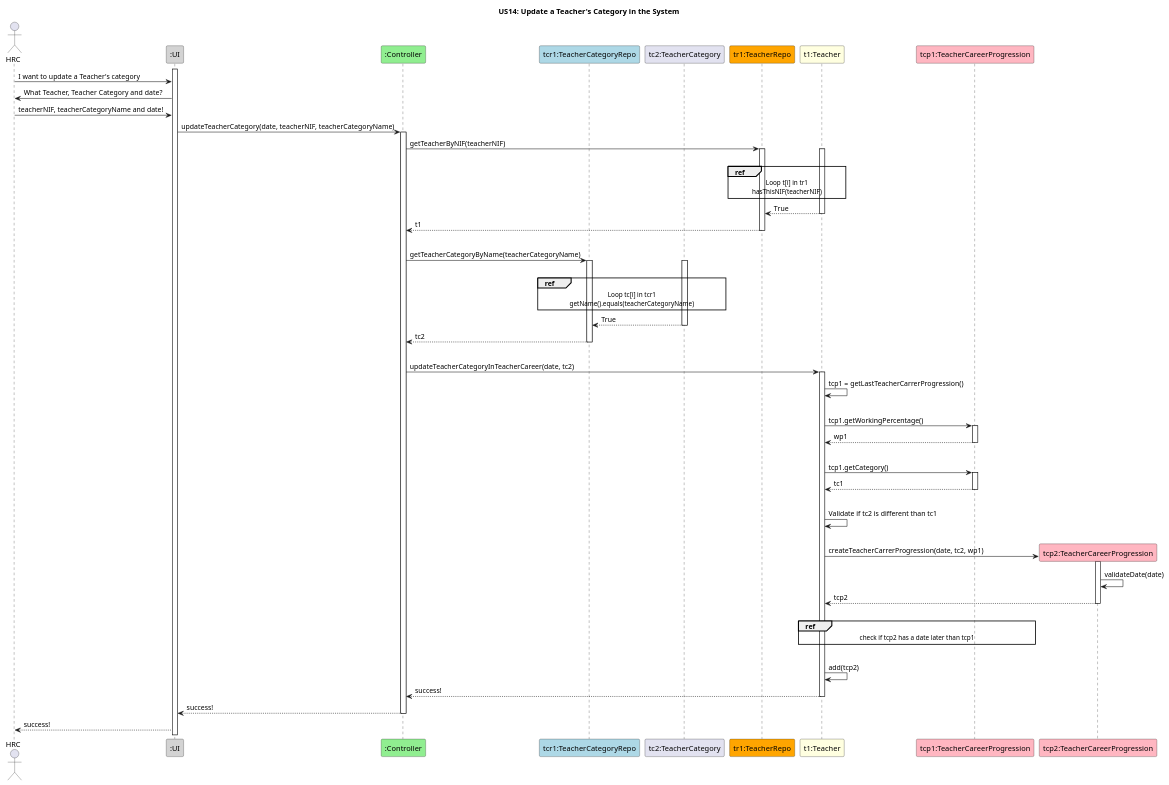
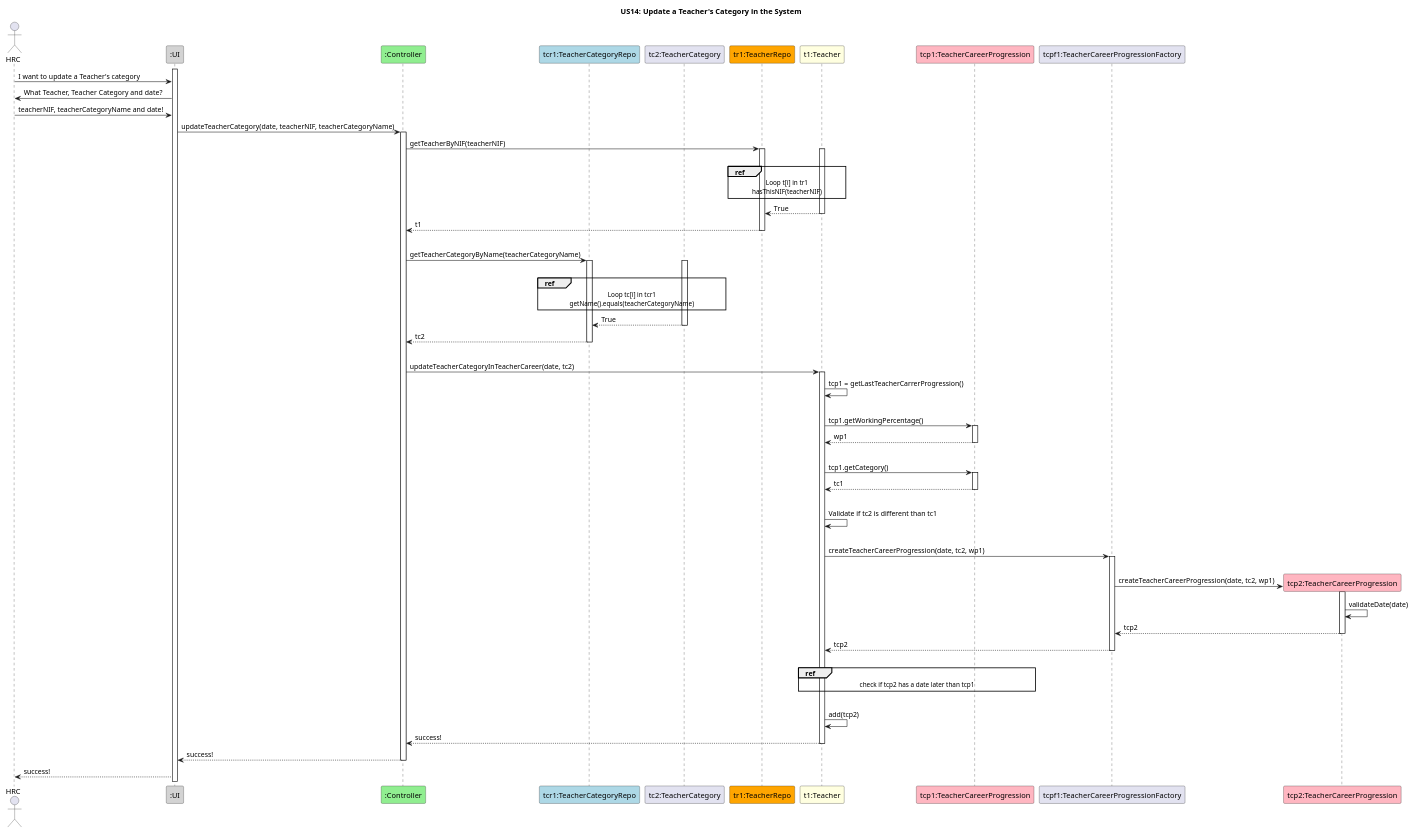
Before and after one commit to GasparISEP/DevOps-PAI: the diagram in docs/US14/US14_UpdateTeachersCategoryInSystem.puml, drawn with PlantUML. The commit also changed 1 other file, not shown here.

Commit message:
Updated US14's Class Diagram and Sequence Diagram

```diff
--- a/docs/US14/US14_UpdateTeachersCategoryInSystem.puml
+++ b/docs/US14/US14_UpdateTeachersCategoryInSystem.puml
@@ -1,77 +1,83 @@
 @startuml
 title US14: Update a Teacher's Category in the System
 actor HRC
 participant ":UI" as UI #lightgrey
 participant ":Controller" as CTL #lightgreen
 participant "tcr1:TeacherCategoryRepo" as TCR #lightblue
 participant "tc2:TeacherCategory" as TC2
 participant "tr1:TeacherRepo" as TR #orange
 participant "t1:Teacher" as T #lightyellow
 participant "tcp1:TeacherCareerProgression" as TCP #lightpink
+participant "tcpf1:TeacherCareerProgressionFactory" as TCPF
 participant "tcp2:TeacherCareerProgression" as TCP2 #lightpink
 
 activate UI
 HRC -> UI: I want to update a Teacher's category
 UI -> HRC: What Teacher, Teacher Category and date?
 HRC -> UI: teacherNIF, teacherCategoryName and date!
 UI -> CTL : updateTeacherCategory(date, teacherNIF, teacherCategoryName)
 activate CTL
 CTL -> TR: getTeacherByNIF(teacherNIF)
 activate TR
 activate T
 |||
 ref over TR, T
     Loop t[i] in tr1
     hasThisNIF(teacherNIF)
 end ref
 T --> TR: True
 deactivate T
 TR --> CTL: t1
 deactivate TR
 |||
 CTL -> TCR: getTeacherCategoryByName(teacherCategoryName)
 activate TCR
 |||
 activate TC2
 ref over TCR, TC2
     Loop tc[i] in tcr1
     getName().equals(teacherCategoryName)
 end ref
 TC2 --> TCR: True
 deactivate TC2
 TCR --> CTL: tc2
 deactivate TCR
 |||
 CTL -> T: updateTeacherCategoryInTeacherCareer(date, tc2)
 activate T
 T -> T: tcp1 = getLastTeacherCarrerProgression()
 |||
 T -> TCP : tcp1.getWorkingPercentage()
 activate TCP
 TCP --> T : wp1
 deactivate TCP
 |||
 T -> TCP: tcp1.getCategory()
 activate TCP
 TCP --> T: tc1
 deactivate TCP
 |||
 T -> T: Validate if tc2 is different than tc1
 |||
-T -> TCP2** : createTeacherCarrerProgression(date, tc2, wp1)
+T -> TCPF : createTeacherCareerProgression(date, tc2, wp1)
+activate TCPF
+|||
+TCPF -> TCP2** : createTeacherCareerProgression(date, tc2, wp1)
 activate TCP2
 TCP2 -> TCP2 : validateDate(date)
-TCP2 --> T: tcp2
+TCP2 --> TCPF: tcp2
 deactivate TCP2
+TCPF --> T: tcp2
+deactivate TCPF
 |||
 ref over T, TCP
     check if tcp2 has a date later than tcp1
 end ref
 |||
 T -> T : add(tcp2)
 T --> CTL : success!
 deactivate T
 CTL --> UI : success!
 deactivate CTL
 UI --> HRC : success!
 @enduml
```
